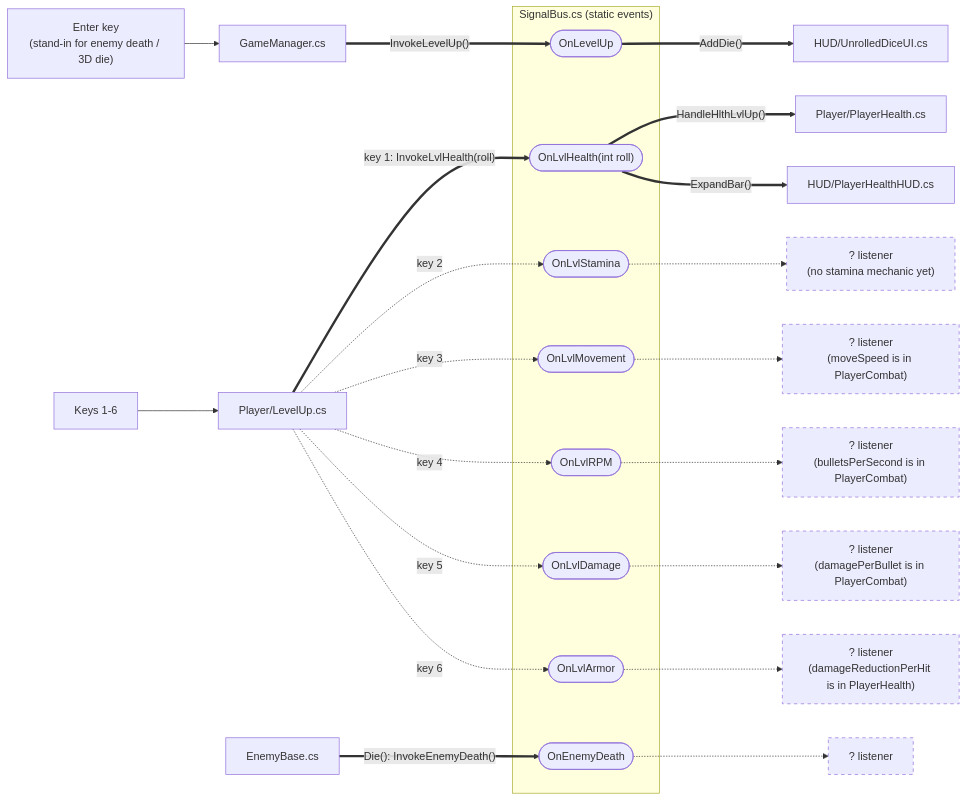
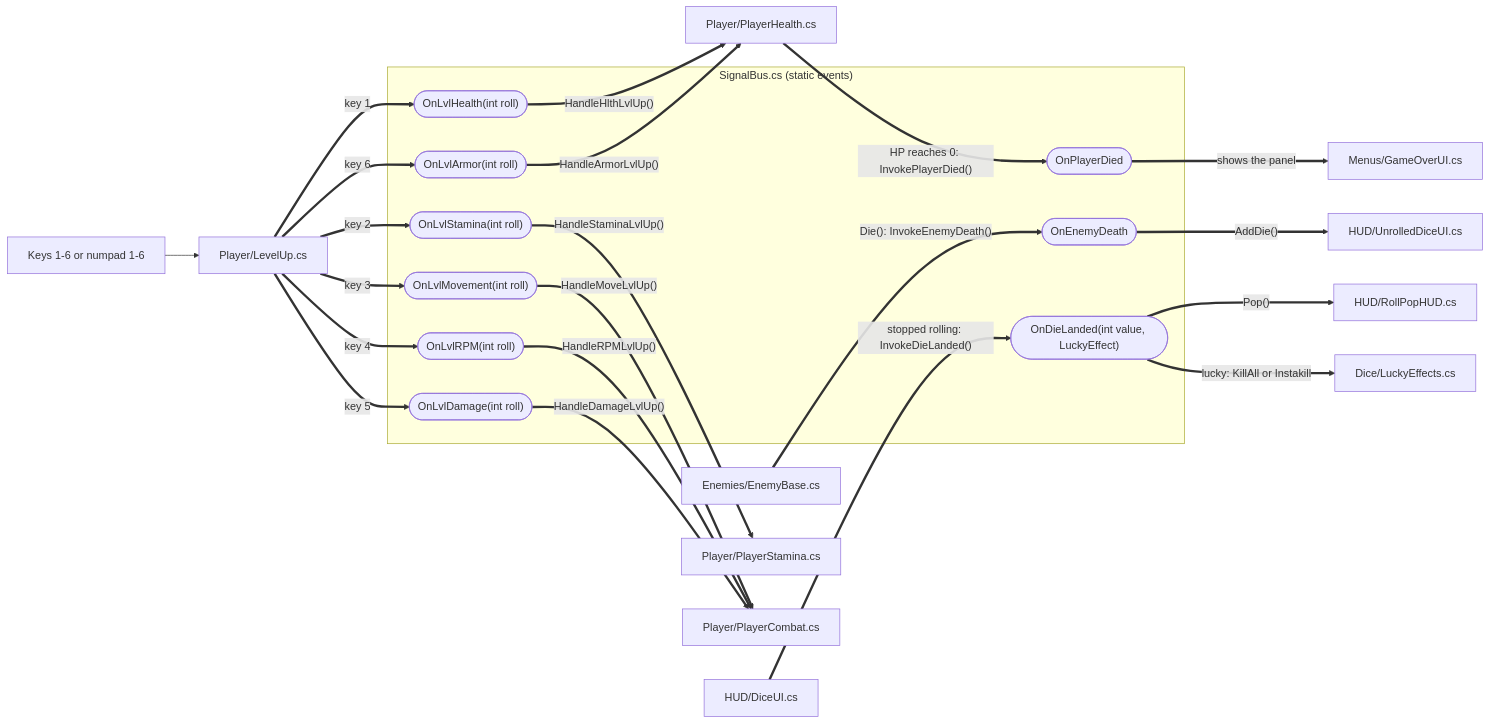
One commit to Lukebonn/Unity-Game-Jam changed the third of 3 diagrams in README.md. Above: the diagram before and after it, drawn with Mermaid. The commit also changed other lines of this file and 122 other files, not shown here.

````diff
--- a/README.md
+++ b/README.md
@@ -63,40 +79,42 @@
 ```mermaid
 flowchart LR
-    ENTER["Enter key<br/>(stand-in for enemy death / 3D die)"] --> GM["GameManager.cs"]
-    KEYS["Keys 1-6"] --> LU["Player/LevelUp.cs"]
-    EB["EnemyBase.cs"]
+    KEYS["Keys 1-6 or numpad 1-6"] --> LU["Player/LevelUp.cs"]
+    EB["Enemies/EnemyBase.cs"]
+    DIE["HUD/DiceUI.cs"]
 
     subgraph BUS["SignalBus.cs (static events)"]
-        E_LVL(["OnLevelUp"])
+        E_DEATH(["OnEnemyDeath"])
+        E_DIE(["OnDieLanded(int value, LuckyEffect)"])
+        E_DEAD(["OnPlayerDied"])
         E_HP(["OnLvlHealth(int roll)"])
-        E_STA(["OnLvlStamina"])
-        E_MOV(["OnLvlMovement"])
-        E_RPM(["OnLvlRPM"])
-        E_DMG(["OnLvlDamage"])
-        E_ARM(["OnLvlArmor"])
-        E_DEATH(["OnEnemyDeath"])
+        E_STA(["OnLvlStamina(int roll)"])
+        E_MOV(["OnLvlMovement(int roll)"])
+        E_RPM(["OnLvlRPM(int roll)"])
+        E_DMG(["OnLvlDamage(int roll)"])
+        E_ARM(["OnLvlArmor(int roll)"])
     end
 
-    GM ==>|"InvokeLevelUp()"| E_LVL
-    E_LVL ==>|"AddDie()"| TRAY["HUD/UnrolledDiceUI.cs"]
+    EB ==>|"Die(): InvokeEnemyDeath()"| E_DEATH
+    E_DEATH ==>|"AddDie()"| TRAY["HUD/UnrolledDiceUI.cs"]
 
-    LU ==>|"key 1: InvokeLvlHealth(roll)"| E_HP
-    E_HP ==>|"HandleHlthLvlUp()"| PH["Player/PlayerHealth.cs"]
-    E_HP ==>|"ExpandBar()"| HHUD["HUD/PlayerHealthHUD.cs"]
+    DIE ==>|"stopped rolling: InvokeDieLanded()"| E_DIE
+    E_DIE ==>|"Pop()"| POP["HUD/RollPopHUD.cs"]
+    E_DIE ==>|"lucky: KillAll or Instakill"| LE["Dice/LuckyEffects.cs"]
 
-    LU -.->|"key 2"| E_STA
-    LU -.->|"key 3"| E_MOV
-    LU -.->|"key 4"| E_RPM
-    LU -.->|"key 5"| E_DMG
-    LU -.->|"key 6"| E_ARM
-    E_STA -.-> L_STA["? listener<br/>(no stamina mechanic yet)"]:::open
-    E_MOV -.-> L_MOV["? listener<br/>(moveSpeed is in PlayerCombat)"]:::open
-    E_RPM -.-> L_RPM["? listener<br/>(bulletsPerSecond is in PlayerCombat)"]:::open
-    E_DMG -.-> L_DMG["? listener<br/>(damagePerBullet is in PlayerCombat)"]:::open
-    E_ARM -.-> L_ARM["? listener<br/>(damageReductionPerHit is in PlayerHealth)"]:::open
+    PH["Player/PlayerHealth.cs"] ==>|"HP reaches 0: InvokePlayerDied()"| E_DEAD
+    E_DEAD ==>|"shows the panel"| GO["Menus/GameOverUI.cs"]
 
-    EB ==>|"Die(): InvokeEnemyDeath()"| E_DEATH
-    E_DEATH -.-> L_DEATH["? listener"]:::open
+    LU ==>|"key 1"| E_HP
+    LU ==>|"key 2"| E_STA
+    LU ==>|"key 3"| E_MOV
+    LU ==>|"key 4"| E_RPM
+    LU ==>|"key 5"| E_DMG
+    LU ==>|"key 6"| E_ARM
 
-    classDef open stroke-dasharray: 5 5
+    E_HP ==>|"HandleHlthLvlUp()"| PH
+    E_ARM ==>|"HandleArmorLvlUp()"| PH
+    E_STA ==>|"HandleStaminaLvlUp()"| PS["Player/PlayerStamina.cs"]
+    E_MOV ==>|"HandleMoveLvlUp()"| PC["Player/PlayerCombat.cs"]
+    E_RPM ==>|"HandleRPMLvlUp()"| PC
+    E_DMG ==>|"HandleDamageLvlUp()"| PC
 ```
````
